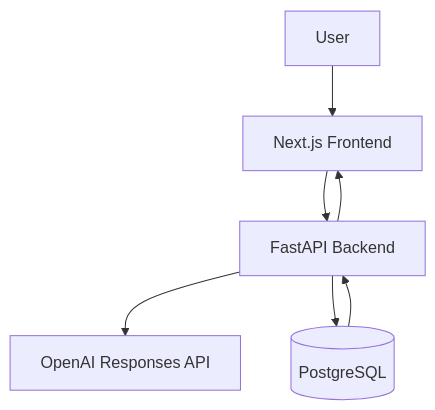
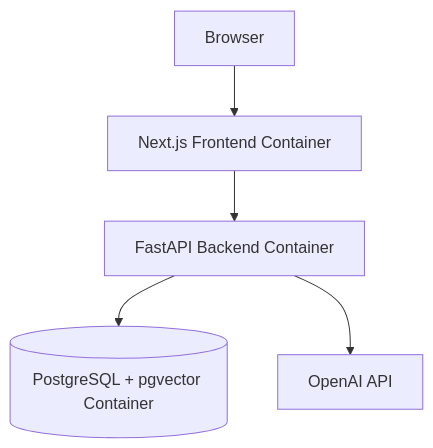
Before and after one commit to wangxx1412/ai-workspace-platform: the second of 6 diagrams in docs/architecture.md, drawn with Mermaid. The commit also changed other lines of this file and 2 other files, not shown here.

````diff
--- a/docs/architecture.md
+++ b/docs/architecture.md
@@ -21,9 +57,7 @@
 ```mermaid
 graph TD
-    User[User] --> Frontend[Next.js Frontend]
-    Frontend --> Backend[FastAPI Backend]
-    Backend --> OpenAI[OpenAI Responses API]
-    Backend --> DB[(PostgreSQL)]
-    DB --> Backend
-    Backend --> Frontend
+    Browser[Browser] --> Frontend[Next.js Frontend Container]
+    Frontend --> Backend[FastAPI Backend Container]
+    Backend --> Postgres[(PostgreSQL + pgvector Container)]
+    Backend --> OpenAI[OpenAI API]
 ```
````
